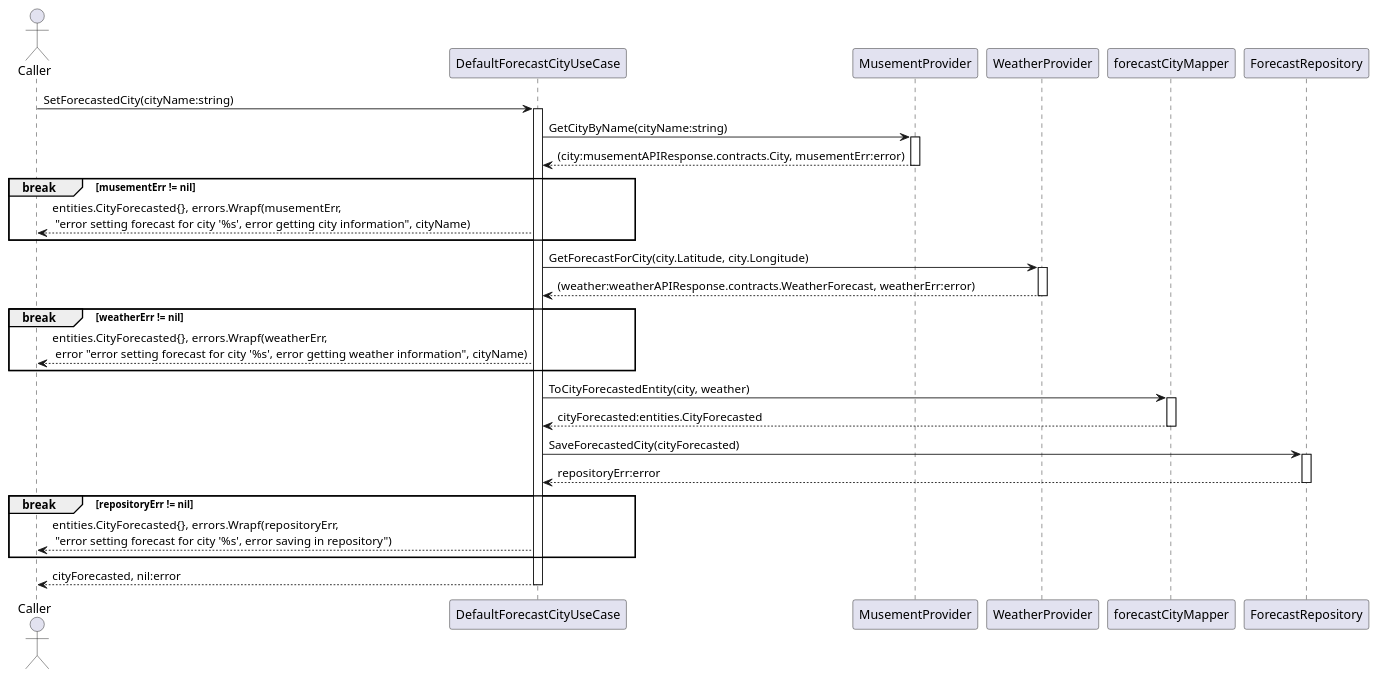
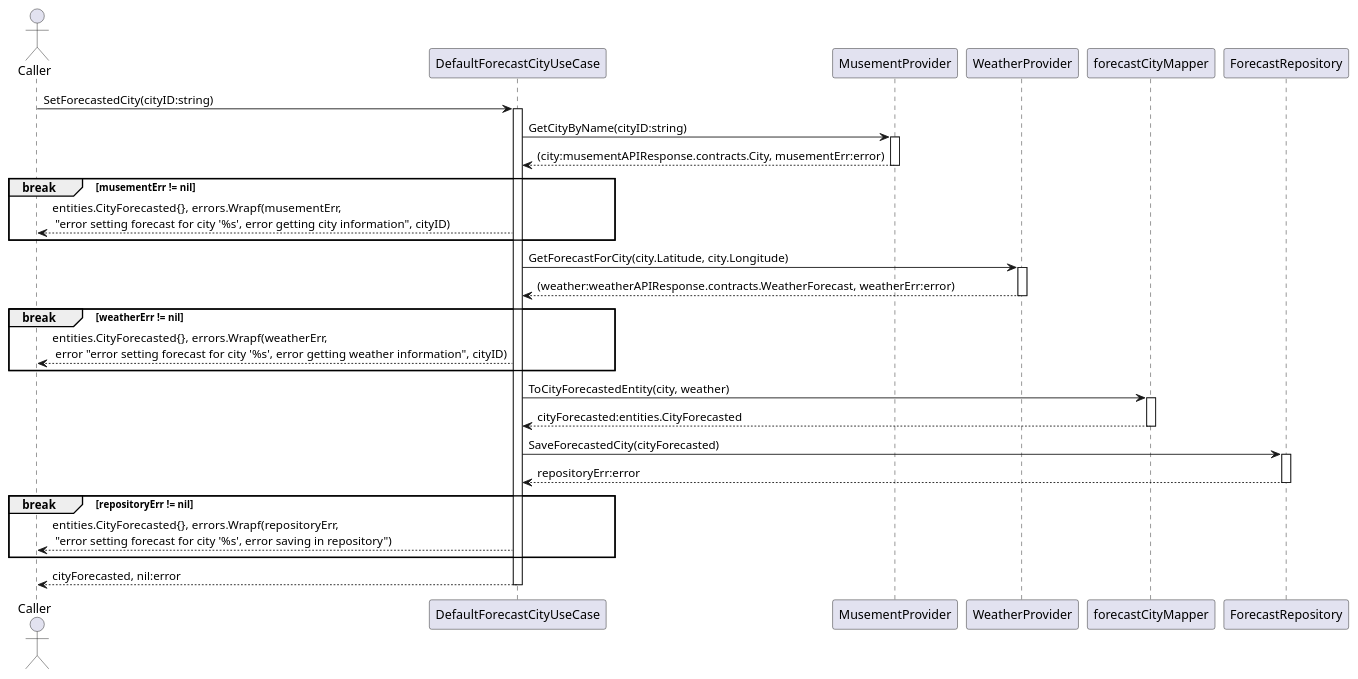
The diagram in docs/usecases/forecastcity/usecase/default_forecast_city_use_case_set_forecast_for_city_seq.puml (micoyeye22/TUITechHomework), drawn with PlantUML before and after one commit. The commit also changed 7 other files, not shown here.

Commit message:
Added API design for setting and getting forecast for city

```diff
--- a/docs/usecases/forecastcity/usecase/default_forecast_city_use_case_set_forecast_for_city_seq.puml
+++ b/docs/usecases/forecastcity/usecase/default_forecast_city_use_case_set_forecast_for_city_seq.puml
@@ -1,40 +1,40 @@
 @startuml
 
 actor Caller as C
 participant DefaultForecastCityUseCase as UC
 participant MusementProvider as MP
 participant WeatherProvider as WP
 participant forecastCityMapper as M
 participant ForecastRepository as R
 
-C -> UC : SetForecastedCity(cityName:string)
+C -> UC : SetForecastedCity(cityID:string)
 activate UC
-    UC -> MP : GetCityByName(cityName:string)
+    UC -> MP : GetCityByName(cityID:string)
     activate MP
         UC <-- MP : (city:musementAPIResponse.contracts.City, musementErr:error)
     deactivate
     break musementErr != nil
-        UC --> C : entities.CityForecasted{}, errors.Wrapf(musementErr,\n "error setting forecast for city '%s', error getting city information", cityName)
+        UC --> C : entities.CityForecasted{}, errors.Wrapf(musementErr,\n "error setting forecast for city '%s', error getting city information", cityID)
     end
     UC -> WP : GetForecastForCity(city.Latitude, city.Longitude)
     activate WP
         UC <-- WP : (weather:weatherAPIResponse.contracts.WeatherForecast, weatherErr:error)
     deactivate
     break weatherErr != nil
-        UC --> C : entities.CityForecasted{}, errors.Wrapf(weatherErr,\n error "error setting forecast for city '%s', error getting weather information", cityName)
+        UC --> C : entities.CityForecasted{}, errors.Wrapf(weatherErr,\n error "error setting forecast for city '%s', error getting weather information", cityID)
     end
     UC -> M : ToCityForecastedEntity(city, weather)
     activate M
         UC <-- M : cityForecasted:entities.CityForecasted
     deactivate
     UC -> R : SaveForecastedCity(cityForecasted)
     activate R
         UC <-- R : repositoryErr:error
     deactivate
     break repositoryErr != nil
         UC --> C :  entities.CityForecasted{}, errors.Wrapf(repositoryErr,\n "error setting forecast for city '%s', error saving in repository")
     end
     UC --> C : cityForecasted, nil:error
 deactivate
 
 @enduml
```
